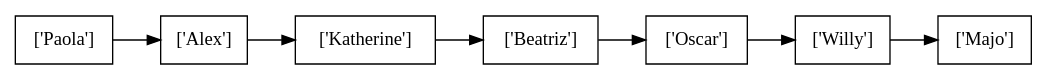
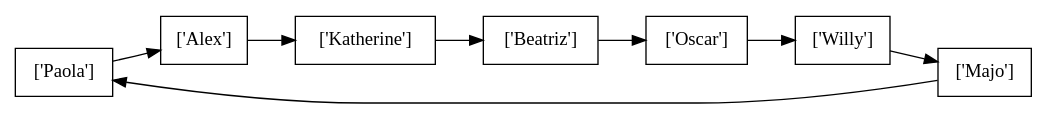
Before and after one commit to olgt/EDD_1S2019_P1_201612341: the diagram in UsersReport.dot, drawn with Graphviz. The commit also changed 4 other files, not shown here.

```diff
--- a/UsersReport.dot
+++ b/UsersReport.dot
@@ -1,17 +1,18 @@
 digraph firstGraph{
 node [shape = record];
 rankdir=LR;
 node0 [label=" ['Paola'] "];
 node0 -> node1;
 node1 [label=" ['Alex'] "];
 node1 -> node2;
 node2 [label=" ['Katherine'] "];
 node2 -> node3;
 node3 [label=" ['Beatriz'] "];
 node3 -> node4;
 node4 [label=" ['Oscar'] "];
 node4 -> node5;
 node5 [label=" ['Willy'] "];
 node5 -> node6;
 node6 [label=" ['Majo'] "];
+node6 -> node0;
 }
```
